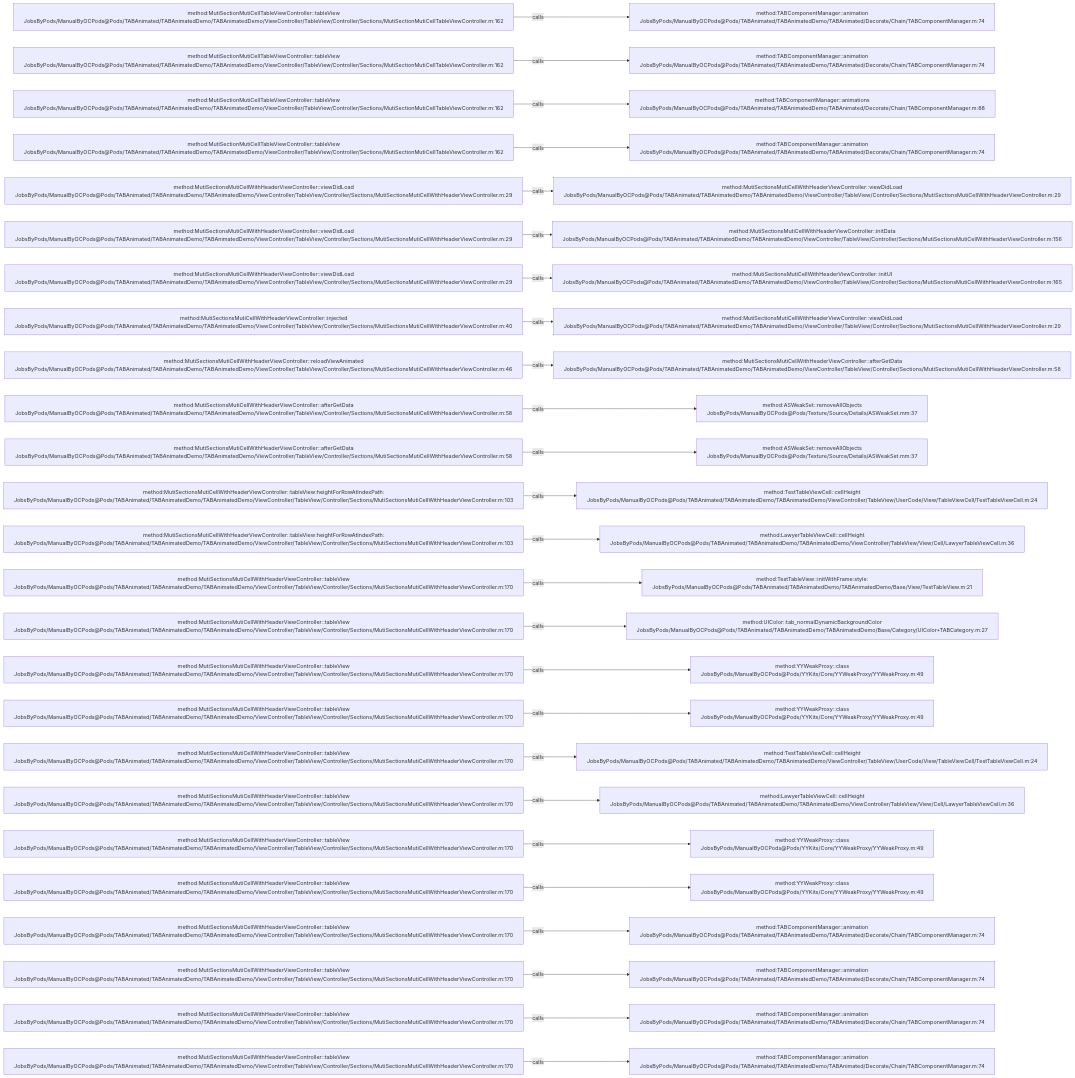
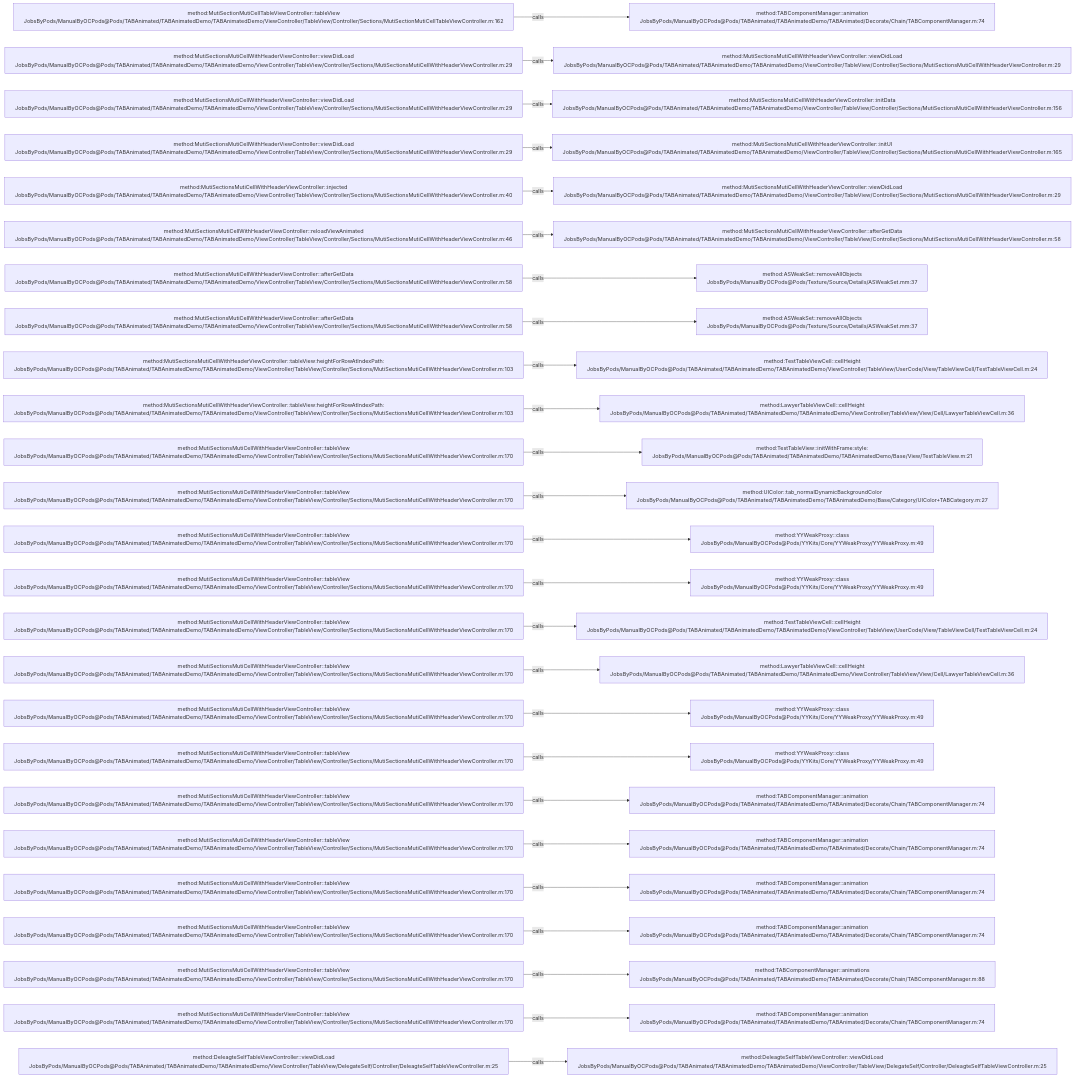
Before and after one commit to JobsKits/JobsOCBaseConfigDemo: the diagram in .codegraph/codegraph.md/graphs/calls-064.md, drawn with Mermaid. The commit also changed 342 other files, not shown here.

````diff
--- a/.codegraph/codegraph.md/graphs/calls-064.md
+++ b/.codegraph/codegraph.md/graphs/calls-064.md
@@ -13,78 +13,78 @@
 ```mermaid
 flowchart LR
   S1["method:MutiSectionMutiCellTableViewController::tableView<br/>JobsByPods/ManualByOCPods@Pods/TABAnimated/TABAnimatedDemo/TABAnimatedDemo/ViewController/TableView/Controller/Sections/MutiSectionMutiCellTableViewController.m:162"]
   T1["method:TABComponentManager::animation<br/>JobsByPods/ManualByOCPods@Pods/TABAnimated/TABAnimatedDemo/TABAnimated/Decorate/Chain/TABComponentManager.m:74"]
   S1 -->|calls| T1
-  S2["method:MutiSectionMutiCellTableViewController::tableView<br/>JobsByPods/ManualByOCPods@Pods/TABAnimated/TABAnimatedDemo/TABAnimatedDemo/ViewController/TableView/Controller/Sections/MutiSectionMutiCellTableViewController.m:162"]
-  T2["method:TABComponentManager::animation<br/>JobsByPods/ManualByOCPods@Pods/TABAnimated/TABAnimatedDemo/TABAnimated/Decorate/Chain/TABComponentManager.m:74"]
+  S2["method:MutiSectionsMutiCellWithHeaderViewController::viewDidLoad<br/>JobsByPods/ManualByOCPods@Pods/TABAnimated/TABAnimatedDemo/TABAnimatedDemo/ViewController/TableView/Controller/Sections/MutiSectionsMutiCellWithHeaderViewController.m:29"]
+  T2["method:MutiSectionsMutiCellWithHeaderViewController::viewDidLoad<br/>JobsByPods/ManualByOCPods@Pods/TABAnimated/TABAnimatedDemo/TABAnimatedDemo/ViewController/TableView/Controller/Sections/MutiSectionsMutiCellWithHeaderViewController.m:29"]
   S2 -->|calls| T2
-  S3["method:MutiSectionMutiCellTableViewController::tableView<br/>JobsByPods/ManualByOCPods@Pods/TABAnimated/TABAnimatedDemo/TABAnimatedDemo/ViewController/TableView/Controller/Sections/MutiSectionMutiCellTableViewController.m:162"]
-  T3["method:TABComponentManager::animations<br/>JobsByPods/ManualByOCPods@Pods/TABAnimated/TABAnimatedDemo/TABAnimated/Decorate/Chain/TABComponentManager.m:88"]
+  S3["method:MutiSectionsMutiCellWithHeaderViewController::viewDidLoad<br/>JobsByPods/ManualByOCPods@Pods/TABAnimated/TABAnimatedDemo/TABAnimatedDemo/ViewController/TableView/Controller/Sections/MutiSectionsMutiCellWithHeaderViewController.m:29"]
+  T3["method:MutiSectionsMutiCellWithHeaderViewController::initData<br/>JobsByPods/ManualByOCPods@Pods/TABAnimated/TABAnimatedDemo/TABAnimatedDemo/ViewController/TableView/Controller/Sections/MutiSectionsMutiCellWithHeaderViewController.m:156"]
   S3 -->|calls| T3
-  S4["method:MutiSectionMutiCellTableViewController::tableView<br/>JobsByPods/ManualByOCPods@Pods/TABAnimated/TABAnimatedDemo/TABAnimatedDemo/ViewController/TableView/Controller/Sections/MutiSectionMutiCellTableViewController.m:162"]
-  T4["method:TABComponentManager::animation<br/>JobsByPods/ManualByOCPods@Pods/TABAnimated/TABAnimatedDemo/TABAnimated/Decorate/Chain/TABComponentManager.m:74"]
+  S4["method:MutiSectionsMutiCellWithHeaderViewController::viewDidLoad<br/>JobsByPods/ManualByOCPods@Pods/TABAnimated/TABAnimatedDemo/TABAnimatedDemo/ViewController/TableView/Controller/Sections/MutiSectionsMutiCellWithHeaderViewController.m:29"]
+  T4["method:MutiSectionsMutiCellWithHeaderViewController::initUI<br/>JobsByPods/ManualByOCPods@Pods/TABAnimated/TABAnimatedDemo/TABAnimatedDemo/ViewController/TableView/Controller/Sections/MutiSectionsMutiCellWithHeaderViewController.m:165"]
   S4 -->|calls| T4
-  S5["method:MutiSectionsMutiCellWithHeaderViewController::viewDidLoad<br/>JobsByPods/ManualByOCPods@Pods/TABAnimated/TABAnimatedDemo/TABAnimatedDemo/ViewController/TableView/Controller/Sections/MutiSectionsMutiCellWithHeaderViewController.m:29"]
+  S5["method:MutiSectionsMutiCellWithHeaderViewController::injected<br/>JobsByPods/ManualByOCPods@Pods/TABAnimated/TABAnimatedDemo/TABAnimatedDemo/ViewController/TableView/Controller/Sections/MutiSectionsMutiCellWithHeaderViewController.m:40"]
   T5["method:MutiSectionsMutiCellWithHeaderViewController::viewDidLoad<br/>JobsByPods/ManualByOCPods@Pods/TABAnimated/TABAnimatedDemo/TABAnimatedDemo/ViewController/TableView/Controller/Sections/MutiSectionsMutiCellWithHeaderViewController.m:29"]
   S5 -->|calls| T5
-  S6["method:MutiSectionsMutiCellWithHeaderViewController::viewDidLoad<br/>JobsByPods/ManualByOCPods@Pods/TABAnimated/TABAnimatedDemo/TABAnimatedDemo/ViewController/TableView/Controller/Sections/MutiSectionsMutiCellWithHeaderViewController.m:29"]
-  T6["method:MutiSectionsMutiCellWithHeaderViewController::initData<br/>JobsByPods/ManualByOCPods@Pods/TABAnimated/TABAnimatedDemo/TABAnimatedDemo/ViewController/TableView/Controller/Sections/MutiSectionsMutiCellWithHeaderViewController.m:156"]
+  S6["method:MutiSectionsMutiCellWithHeaderViewController::reloadViewAnimated<br/>JobsByPods/ManualByOCPods@Pods/TABAnimated/TABAnimatedDemo/TABAnimatedDemo/ViewController/TableView/Controller/Sections/MutiSectionsMutiCellWithHeaderViewController.m:46"]
+  T6["method:MutiSectionsMutiCellWithHeaderViewController::afterGetData<br/>JobsByPods/ManualByOCPods@Pods/TABAnimated/TABAnimatedDemo/TABAnimatedDemo/ViewController/TableView/Controller/Sections/MutiSectionsMutiCellWithHeaderViewController.m:58"]
   S6 -->|calls| T6
-  S7["method:MutiSectionsMutiCellWithHeaderViewController::viewDidLoad<br/>JobsByPods/ManualByOCPods@Pods/TABAnimated/TABAnimatedDemo/TABAnimatedDemo/ViewController/TableView/Controller/Sections/MutiSectionsMutiCellWithHeaderViewController.m:29"]
-  T7["method:MutiSectionsMutiCellWithHeaderViewController::initUI<br/>JobsByPods/ManualByOCPods@Pods/TABAnimated/TABAnimatedDemo/TABAnimatedDemo/ViewController/TableView/Controller/Sections/MutiSectionsMutiCellWithHeaderViewController.m:165"]
+  S7["method:MutiSectionsMutiCellWithHeaderViewController::afterGetData<br/>JobsByPods/ManualByOCPods@Pods/TABAnimated/TABAnimatedDemo/TABAnimatedDemo/ViewController/TableView/Controller/Sections/MutiSectionsMutiCellWithHeaderViewController.m:58"]
+  T7["method:ASWeakSet::removeAllObjects<br/>JobsByPods/ManualByOCPods@Pods/Texture/Source/Details/ASWeakSet.mm:37"]
   S7 -->|calls| T7
-  S8["method:MutiSectionsMutiCellWithHeaderViewController::injected<br/>JobsByPods/ManualByOCPods@Pods/TABAnimated/TABAnimatedDemo/TABAnimatedDemo/ViewController/TableView/Controller/Sections/MutiSectionsMutiCellWithHeaderViewController.m:40"]
-  T8["method:MutiSectionsMutiCellWithHeaderViewController::viewDidLoad<br/>JobsByPods/ManualByOCPods@Pods/TABAnimated/TABAnimatedDemo/TABAnimatedDemo/ViewController/TableView/Controller/Sections/MutiSectionsMutiCellWithHeaderViewController.m:29"]
+  S8["method:MutiSectionsMutiCellWithHeaderViewController::afterGetData<br/>JobsByPods/ManualByOCPods@Pods/TABAnimated/TABAnimatedDemo/TABAnimatedDemo/ViewController/TableView/Controller/Sections/MutiSectionsMutiCellWithHeaderViewController.m:58"]
+  T8["method:ASWeakSet::removeAllObjects<br/>JobsByPods/ManualByOCPods@Pods/Texture/Source/Details/ASWeakSet.mm:37"]
   S8 -->|calls| T8
-  S9["method:MutiSectionsMutiCellWithHeaderViewController::reloadViewAnimated<br/>JobsByPods/ManualByOCPods@Pods/TABAnimated/TABAnimatedDemo/TABAnimatedDemo/ViewController/TableView/Controller/Sections/MutiSectionsMutiCellWithHeaderViewController.m:46"]
-  T9["method:MutiSectionsMutiCellWithHeaderViewController::afterGetData<br/>JobsByPods/ManualByOCPods@Pods/TABAnimated/TABAnimatedDemo/TABAnimatedDemo/ViewController/TableView/Controller/Sections/MutiSectionsMutiCellWithHeaderViewController.m:58"]
+  S9["method:MutiSectionsMutiCellWithHeaderViewController::tableView:heightForRowAtIndexPath:<br/>JobsByPods/ManualByOCPods@Pods/TABAnimated/TABAnimatedDemo/TABAnimatedDemo/ViewController/TableView/Controller/Sections/MutiSectionsMutiCellWithHeaderViewController.m:103"]
+  T9["method:TestTableViewCell::cellHeight<br/>JobsByPods/ManualByOCPods@Pods/TABAnimated/TABAnimatedDemo/TABAnimatedDemo/ViewController/TableView/UserCode/View/TableViewCell/TestTableViewCell.m:24"]
   S9 -->|calls| T9
-  S10["method:MutiSectionsMutiCellWithHeaderViewController::afterGetData<br/>JobsByPods/ManualByOCPods@Pods/TABAnimated/TABAnimatedDemo/TABAnimatedDemo/ViewController/TableView/Controller/Sections/MutiSectionsMutiCellWithHeaderViewController.m:58"]
-  T10["method:ASWeakSet::removeAllObjects<br/>JobsByPods/ManualByOCPods@Pods/Texture/Source/Details/ASWeakSet.mm:37"]
+  S10["method:MutiSectionsMutiCellWithHeaderViewController::tableView:heightForRowAtIndexPath:<br/>JobsByPods/ManualByOCPods@Pods/TABAnimated/TABAnimatedDemo/TABAnimatedDemo/ViewController/TableView/Controller/Sections/MutiSectionsMutiCellWithHeaderViewController.m:103"]
+  T10["method:LawyerTableViewCell::cellHeight<br/>JobsByPods/ManualByOCPods@Pods/TABAnimated/TABAnimatedDemo/TABAnimatedDemo/ViewController/TableView/View/Cell/LawyerTableViewCell.m:36"]
   S10 -->|calls| T10
-  S11["method:MutiSectionsMutiCellWithHeaderViewController::afterGetData<br/>JobsByPods/ManualByOCPods@Pods/TABAnimated/TABAnimatedDemo/TABAnimatedDemo/ViewController/TableView/Controller/Sections/MutiSectionsMutiCellWithHeaderViewController.m:58"]
-  T11["method:ASWeakSet::removeAllObjects<br/>JobsByPods/ManualByOCPods@Pods/Texture/Source/Details/ASWeakSet.mm:37"]
+  S11["method:MutiSectionsMutiCellWithHeaderViewController::tableView<br/>JobsByPods/ManualByOCPods@Pods/TABAnimated/TABAnimatedDemo/TABAnimatedDemo/ViewController/TableView/Controller/Sections/MutiSectionsMutiCellWithHeaderViewController.m:170"]
+  T11["method:TestTableView::initWithFrame:style:<br/>JobsByPods/ManualByOCPods@Pods/TABAnimated/TABAnimatedDemo/TABAnimatedDemo/Base/View/TestTableView.m:21"]
   S11 -->|calls| T11
-  S12["method:MutiSectionsMutiCellWithHeaderViewController::tableView:heightForRowAtIndexPath:<br/>JobsByPods/ManualByOCPods@Pods/TABAnimated/TABAnimatedDemo/TABAnimatedDemo/ViewController/TableView/Controller/Sections/MutiSectionsMutiCellWithHeaderViewController.m:103"]
-  T12["method:TestTableViewCell::cellHeight<br/>JobsByPods/ManualByOCPods@Pods/TABAnimated/TABAnimatedDemo/TABAnimatedDemo/ViewController/TableView/UserCode/View/TableViewCell/TestTableViewCell.m:24"]
+  S12["method:MutiSectionsMutiCellWithHeaderViewController::tableView<br/>JobsByPods/ManualByOCPods@Pods/TABAnimated/TABAnimatedDemo/TABAnimatedDemo/ViewController/TableView/Controller/Sections/MutiSectionsMutiCellWithHeaderViewController.m:170"]
+  T12["method:UIColor::tab_normalDynamicBackgroundColor<br/>JobsByPods/ManualByOCPods@Pods/TABAnimated/TABAnimatedDemo/TABAnimatedDemo/Base/Category/UIColor+TABCategory.m:27"]
   S12 -->|calls| T12
-  S13["method:MutiSectionsMutiCellWithHeaderViewController::tableView:heightForRowAtIndexPath:<br/>JobsByPods/ManualByOCPods@Pods/TABAnimated/TABAnimatedDemo/TABAnimatedDemo/ViewController/TableView/Controller/Sections/MutiSectionsMutiCellWithHeaderViewController.m:103"]
-  T13["method:LawyerTableViewCell::cellHeight<br/>JobsByPods/ManualByOCPods@Pods/TABAnimated/TABAnimatedDemo/TABAnimatedDemo/ViewController/TableView/View/Cell/LawyerTableViewCell.m:36"]
+  S13["method:MutiSectionsMutiCellWithHeaderViewController::tableView<br/>JobsByPods/ManualByOCPods@Pods/TABAnimated/TABAnimatedDemo/TABAnimatedDemo/ViewController/TableView/Controller/Sections/MutiSectionsMutiCellWithHeaderViewController.m:170"]
+  T13["method:YYWeakProxy::class<br/>JobsByPods/ManualByOCPods@Pods/YYKits/Core/YYWeakProxy/YYWeakProxy.m:49"]
   S13 -->|calls| T13
   S14["method:MutiSectionsMutiCellWithHeaderViewController::tableView<br/>JobsByPods/ManualByOCPods@Pods/TABAnimated/TABAnimatedDemo/TABAnimatedDemo/ViewController/TableView/Controller/Sections/MutiSectionsMutiCellWithHeaderViewController.m:170"]
-  T14["method:TestTableView::initWithFrame:style:<br/>JobsByPods/ManualByOCPods@Pods/TABAnimated/TABAnimatedDemo/TABAnimatedDemo/Base/View/TestTableView.m:21"]
+  T14["method:YYWeakProxy::class<br/>JobsByPods/ManualByOCPods@Pods/YYKits/Core/YYWeakProxy/YYWeakProxy.m:49"]
   S14 -->|calls| T14
   S15["method:MutiSectionsMutiCellWithHeaderViewController::tableView<br/>JobsByPods/ManualByOCPods@Pods/TABAnimated/TABAnimatedDemo/TABAnimatedDemo/ViewController/TableView/Controller/Sections/MutiSectionsMutiCellWithHeaderViewController.m:170"]
-  T15["method:UIColor::tab_normalDynamicBackgroundColor<br/>JobsByPods/ManualByOCPods@Pods/TABAnimated/TABAnimatedDemo/TABAnimatedDemo/Base/Category/UIColor+TABCategory.m:27"]
+  T15["method:TestTableViewCell::cellHeight<br/>JobsByPods/ManualByOCPods@Pods/TABAnimated/TABAnimatedDemo/TABAnimatedDemo/ViewController/TableView/UserCode/View/TableViewCell/TestTableViewCell.m:24"]
   S15 -->|calls| T15
   S16["method:MutiSectionsMutiCellWithHeaderViewController::tableView<br/>JobsByPods/ManualByOCPods@Pods/TABAnimated/TABAnimatedDemo/TABAnimatedDemo/ViewController/TableView/Controller/Sections/MutiSectionsMutiCellWithHeaderViewController.m:170"]
-  T16["method:YYWeakProxy::class<br/>JobsByPods/ManualByOCPods@Pods/YYKits/Core/YYWeakProxy/YYWeakProxy.m:49"]
+  T16["method:LawyerTableViewCell::cellHeight<br/>JobsByPods/ManualByOCPods@Pods/TABAnimated/TABAnimatedDemo/TABAnimatedDemo/ViewController/TableView/View/Cell/LawyerTableViewCell.m:36"]
   S16 -->|calls| T16
   S17["method:MutiSectionsMutiCellWithHeaderViewController::tableView<br/>JobsByPods/ManualByOCPods@Pods/TABAnimated/TABAnimatedDemo/TABAnimatedDemo/ViewController/TableView/Controller/Sections/MutiSectionsMutiCellWithHeaderViewController.m:170"]
   T17["method:YYWeakProxy::class<br/>JobsByPods/ManualByOCPods@Pods/YYKits/Core/YYWeakProxy/YYWeakProxy.m:49"]
   S17 -->|calls| T17
   S18["method:MutiSectionsMutiCellWithHeaderViewController::tableView<br/>JobsByPods/ManualByOCPods@Pods/TABAnimated/TABAnimatedDemo/TABAnimatedDemo/ViewController/TableView/Controller/Sections/MutiSectionsMutiCellWithHeaderViewController.m:170"]
-  T18["method:TestTableViewCell::cellHeight<br/>JobsByPods/ManualByOCPods@Pods/TABAnimated/TABAnimatedDemo/TABAnimatedDemo/ViewController/TableView/UserCode/View/TableViewCell/TestTableViewCell.m:24"]
+  T18["method:YYWeakProxy::class<br/>JobsByPods/ManualByOCPods@Pods/YYKits/Core/YYWeakProxy/YYWeakProxy.m:49"]
   S18 -->|calls| T18
   S19["method:MutiSectionsMutiCellWithHeaderViewController::tableView<br/>JobsByPods/ManualByOCPods@Pods/TABAnimated/TABAnimatedDemo/TABAnimatedDemo/ViewController/TableView/Controller/Sections/MutiSectionsMutiCellWithHeaderViewController.m:170"]
-  T19["method:LawyerTableViewCell::cellHeight<br/>JobsByPods/ManualByOCPods@Pods/TABAnimated/TABAnimatedDemo/TABAnimatedDemo/ViewController/TableView/View/Cell/LawyerTableViewCell.m:36"]
+  T19["method:TABComponentManager::animation<br/>JobsByPods/ManualByOCPods@Pods/TABAnimated/TABAnimatedDemo/TABAnimated/Decorate/Chain/TABComponentManager.m:74"]
   S19 -->|calls| T19
   S20["method:MutiSectionsMutiCellWithHeaderViewController::tableView<br/>JobsByPods/ManualByOCPods@Pods/TABAnimated/TABAnimatedDemo/TABAnimatedDemo/ViewController/TableView/Controller/Sections/MutiSectionsMutiCellWithHeaderViewController.m:170"]
-  T20["method:YYWeakProxy::class<br/>JobsByPods/ManualByOCPods@Pods/YYKits/Core/YYWeakProxy/YYWeakProxy.m:49"]
+  T20["method:TABComponentManager::animation<br/>JobsByPods/ManualByOCPods@Pods/TABAnimated/TABAnimatedDemo/TABAnimated/Decorate/Chain/TABComponentManager.m:74"]
   S20 -->|calls| T20
   S21["method:MutiSectionsMutiCellWithHeaderViewController::tableView<br/>JobsByPods/ManualByOCPods@Pods/TABAnimated/TABAnimatedDemo/TABAnimatedDemo/ViewController/TableView/Controller/Sections/MutiSectionsMutiCellWithHeaderViewController.m:170"]
-  T21["method:YYWeakProxy::class<br/>JobsByPods/ManualByOCPods@Pods/YYKits/Core/YYWeakProxy/YYWeakProxy.m:49"]
+  T21["method:TABComponentManager::animation<br/>JobsByPods/ManualByOCPods@Pods/TABAnimated/TABAnimatedDemo/TABAnimated/Decorate/Chain/TABComponentManager.m:74"]
   S21 -->|calls| T21
   S22["method:MutiSectionsMutiCellWithHeaderViewController::tableView<br/>JobsByPods/ManualByOCPods@Pods/TABAnimated/TABAnimatedDemo/TABAnimatedDemo/ViewController/TableView/Controller/Sections/MutiSectionsMutiCellWithHeaderViewController.m:170"]
   T22["method:TABComponentManager::animation<br/>JobsByPods/ManualByOCPods@Pods/TABAnimated/TABAnimatedDemo/TABAnimated/Decorate/Chain/TABComponentManager.m:74"]
   S22 -->|calls| T22
   S23["method:MutiSectionsMutiCellWithHeaderViewController::tableView<br/>JobsByPods/ManualByOCPods@Pods/TABAnimated/TABAnimatedDemo/TABAnimatedDemo/ViewController/TableView/Controller/Sections/MutiSectionsMutiCellWithHeaderViewController.m:170"]
-  T23["method:TABComponentManager::animation<br/>JobsByPods/ManualByOCPods@Pods/TABAnimated/TABAnimatedDemo/TABAnimated/Decorate/Chain/TABComponentManager.m:74"]
+  T23["method:TABComponentManager::animations<br/>JobsByPods/ManualByOCPods@Pods/TABAnimated/TABAnimatedDemo/TABAnimated/Decorate/Chain/TABComponentManager.m:88"]
   S23 -->|calls| T23
   S24["method:MutiSectionsMutiCellWithHeaderViewController::tableView<br/>JobsByPods/ManualByOCPods@Pods/TABAnimated/TABAnimatedDemo/TABAnimatedDemo/ViewController/TableView/Controller/Sections/MutiSectionsMutiCellWithHeaderViewController.m:170"]
   T24["method:TABComponentManager::animation<br/>JobsByPods/ManualByOCPods@Pods/TABAnimated/TABAnimatedDemo/TABAnimated/Decorate/Chain/TABComponentManager.m:74"]
   S24 -->|calls| T24
-  S25["method:MutiSectionsMutiCellWithHeaderViewController::tableView<br/>JobsByPods/ManualByOCPods@Pods/TABAnimated/TABAnimatedDemo/TABAnimatedDemo/ViewController/TableView/Controller/Sections/MutiSectionsMutiCellWithHeaderViewController.m:170"]
-  T25["method:TABComponentManager::animation<br/>JobsByPods/ManualByOCPods@Pods/TABAnimated/TABAnimatedDemo/TABAnimated/Decorate/Chain/TABComponentManager.m:74"]
+  S25["method:DeleagteSelfTableViewController::viewDidLoad<br/>JobsByPods/ManualByOCPods@Pods/TABAnimated/TABAnimatedDemo/TABAnimatedDemo/ViewController/TableView/DelegateSelf/Controller/DeleagteSelfTableViewController.m:25"]
+  T25["method:DeleagteSelfTableViewController::viewDidLoad<br/>JobsByPods/ManualByOCPods@Pods/TABAnimated/TABAnimatedDemo/TABAnimatedDemo/ViewController/TableView/DelegateSelf/Controller/DeleagteSelfTableViewController.m:25"]
   S25 -->|calls| T25
 ```
````
